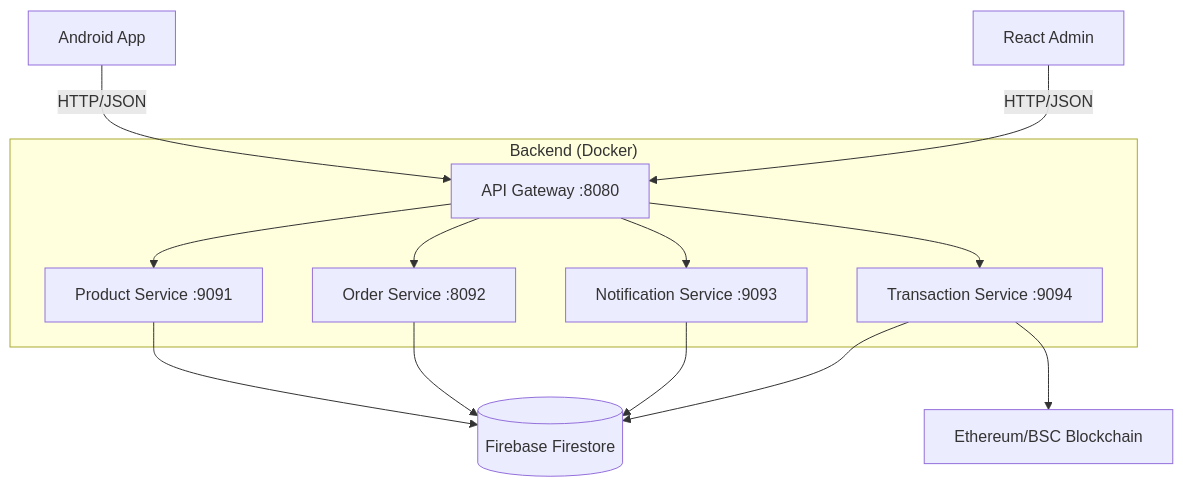
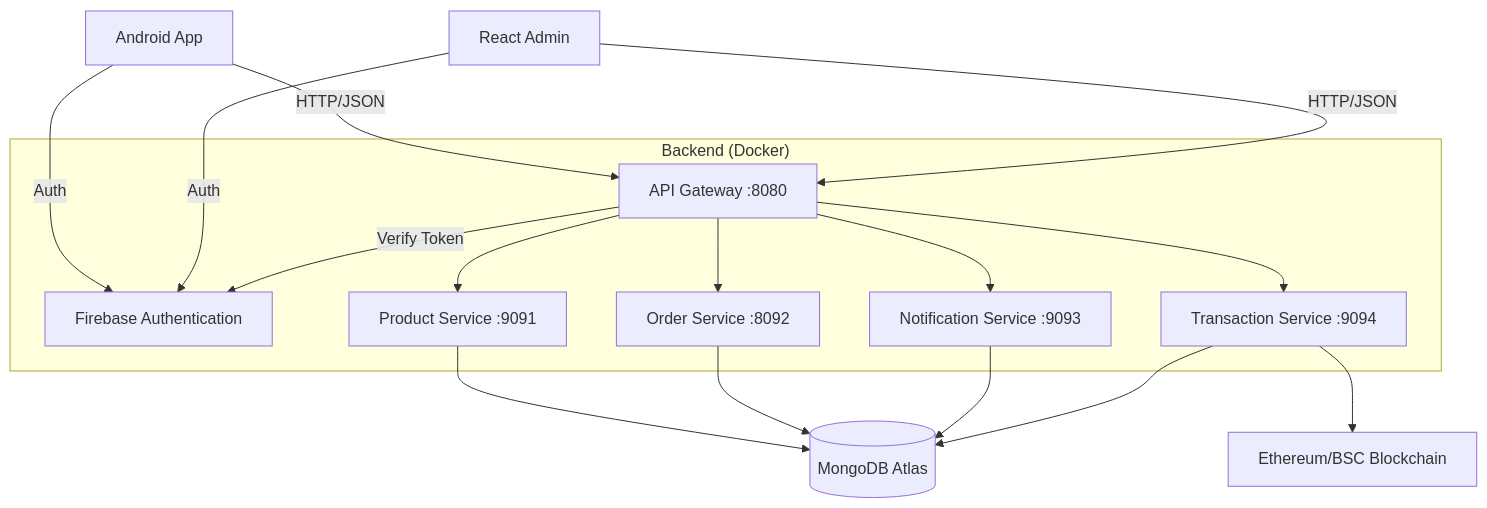
The diagram in README.md (hongleap/Mobile-App---RUPP-A1), drawn with Mermaid before and after one commit.

````diff
--- a/README.md
+++ b/README.md
@@ -57,15 +57,19 @@
 ```mermaid
 graph TD
     A[Android App] -->|HTTP/JSON| B[API Gateway :8080]
     C[React Admin] -->|HTTP/JSON| B
     
+    A -->|Auth| FA[Firebase Authentication]
+    C -->|Auth| FA
+    
     subgraph "Backend (Docker)"
+    B -->|Verify Token| FA
     B --> D[Product Service :9091]
     B --> E[Order Service :8092]
     B --> F[Notification Service :9093]
     B --> G[Transaction Service :9094]
     end
     
-    D & E & F & G --> H[(Firebase Firestore)]
+    D & E & F & G --> H[(MongoDB Atlas)]
     G --> I[Ethereum/BSC Blockchain]
 ```
````
